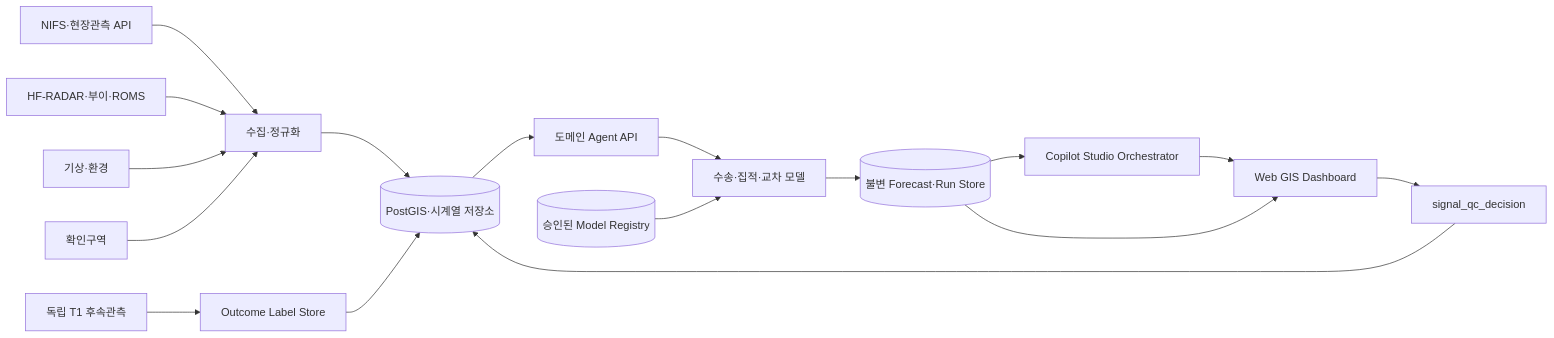
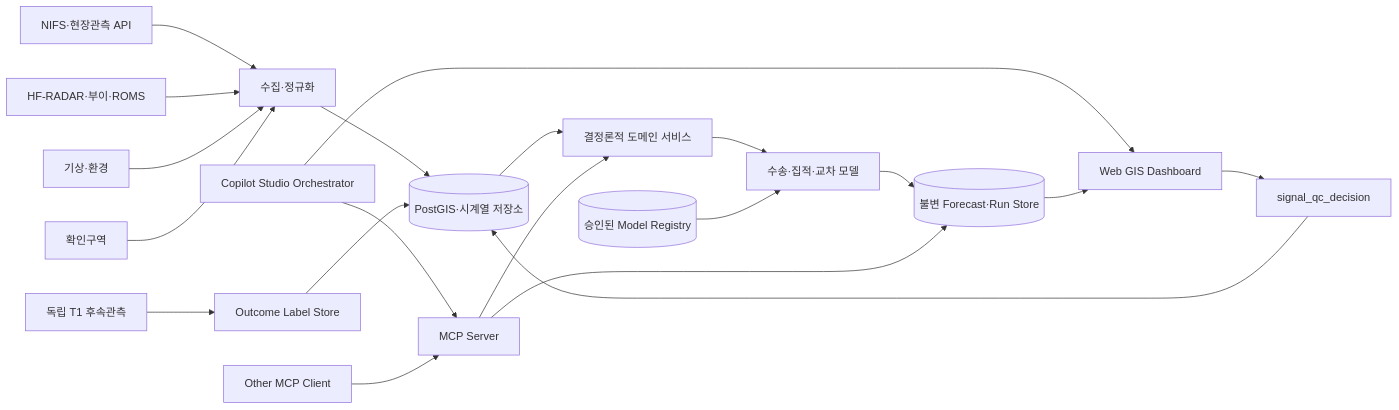
The fifth of 5 diagrams in final data/37) 원전 취수구 해파리 위험 대시보드 서비스 계획서.md (Youngmin322/junction-challenge5.1), drawn with Mermaid before and after one commit. The commit also changed other lines of this file and 3 other files, not shown here.

First line of the commit message:
docs: align MCP agent design with judging criteria

````diff
--- a/final data/37) 원전 취수구 해파리 위험 대시보드 서비스 계획서.md
+++ b/final data/37) 원전 취수구 해파리 위험 대시보드 서비스 계획서.md
@@ -598,19 +665,22 @@
 ```mermaid
 flowchart LR
     S1[NIFS·현장관측 API] --> I[수집·정규화]
     S2[HF-RADAR·부이·ROMS] --> I
     S3[기상·환경] --> I
     S4[확인구역] --> I
     I --> D[(PostGIS·시계열 저장소)]
-    D --> A[도메인 Agent API]
+    D --> A[결정론적 도메인 서비스]
     A --> M[수송·집적·교차 모델]
     MR[(승인된 Model Registry)] --> M
     M --> FR[(불변 Forecast·Run Store)]
-    FR --> C[Copilot Studio Orchestrator]
+    C[Copilot Studio Orchestrator] --> MCP[MCP Server]
+    O[Other MCP Client] --> MCP
+    MCP --> A
+    MCP --> FR
     C --> UI[Web GIS Dashboard]
     FR --> UI
     UI --> Q[signal_qc_decision]
     T[독립 T1 후속관측] --> L[Outcome Label Store]
     Q --> D
     L --> D
 ```
````
